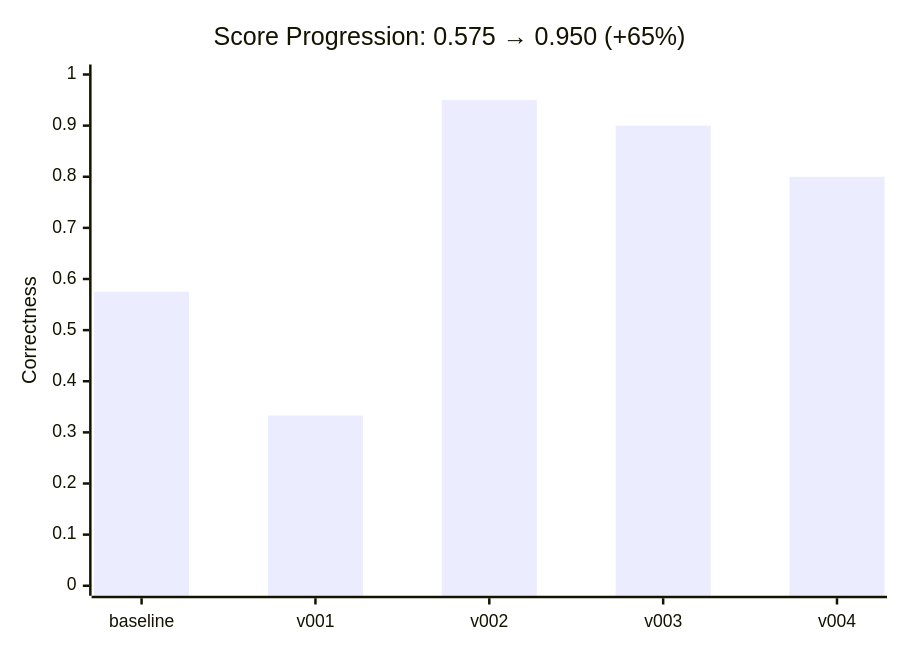
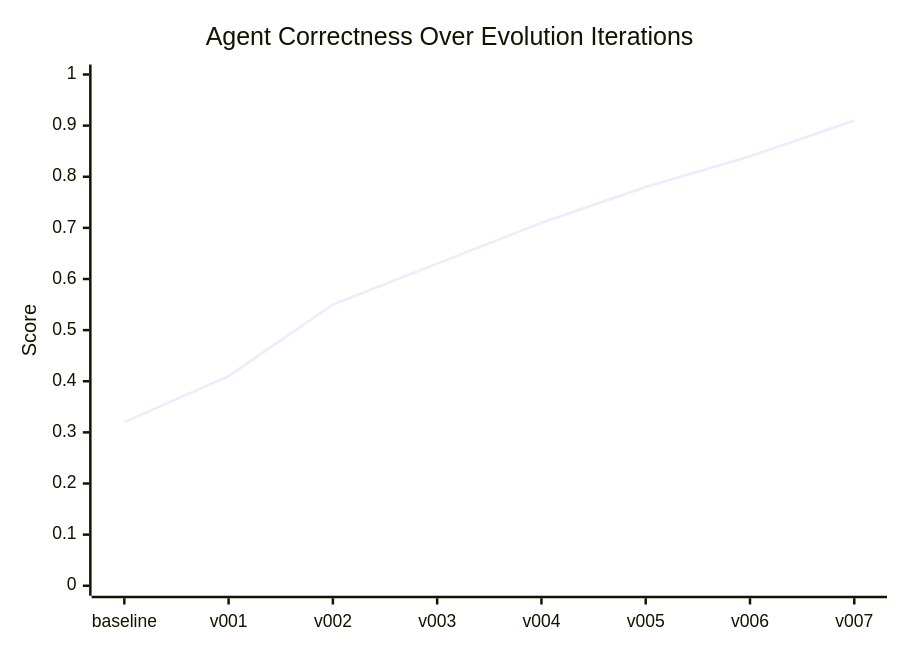
The diagram in README.md (raphaelchristi/harness-evolver), drawn with Mermaid before and after one commit. The commit also changed other lines of this file, not shown here.

First line of the commit message:
docs: evolution progression showcase in README

````diff
--- a/README.md
+++ b/README.md
@@ -57,7 +55,7 @@
 ```mermaid
 xychart-beta
-    title "Score Progression: 0.575 → 0.950 (+65%)"
-    x-axis ["baseline", "v001", "v002", "v003", "v004"]
-    y-axis "Correctness" 0 --> 1
-    bar [0.575, 0.333, 0.950, 0.900, 0.800]
+    title "Agent Correctness Over Evolution Iterations"
+    x-axis ["baseline", "v001", "v002", "v003", "v004", "v005", "v006", "v007"]
+    y-axis "Score" 0 --> 1
+    line [0.32, 0.41, 0.55, 0.63, 0.71, 0.78, 0.84, 0.91]
 ```
````
